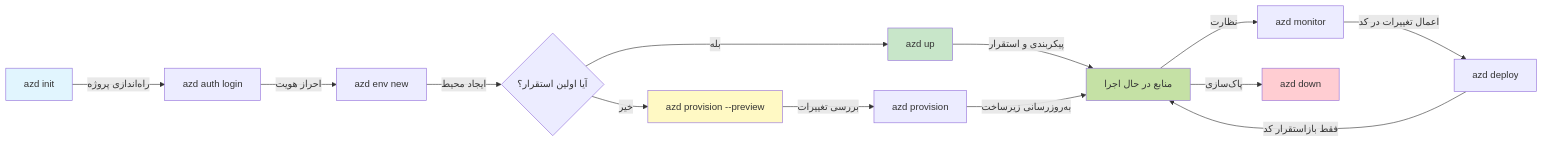
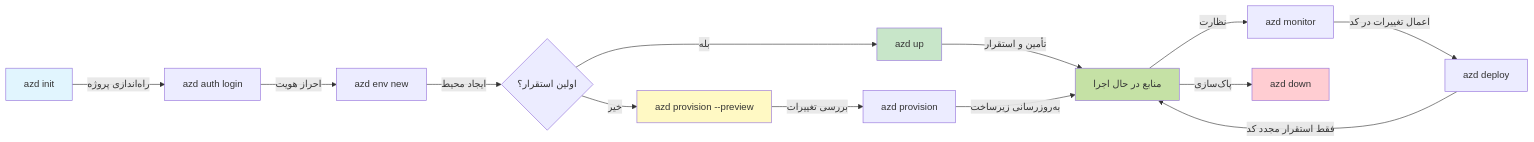
The first of 2 diagrams in translations/fa/docs/chapter-01-foundation/azd-basics.md (microsoft/AZD-for-beginners), drawn with Mermaid before and after one commit. The commit also changed other lines of this file and 101 other files, not shown here.

````diff
--- a/translations/fa/docs/chapter-01-foundation/azd-basics.md
+++ b/translations/fa/docs/chapter-01-foundation/azd-basics.md
@@ -269,21 +269,21 @@
 ```mermaid
 graph LR
     A[azd init] -->|راه‌اندازی پروژه| B[azd auth login]
     B -->|احراز هویت| C[azd env new]
-    C -->|ایجاد محیط| D{آیا اولین استقرار؟}
+    C -->|ایجاد محیط| D{اولین استقرار؟}
     D -->|بله| E[azd up]
     D -->|خیر| F[azd provision --preview]
     F -->|بررسی تغییرات| G[azd provision]
-    E -->|پیکربندی و استقرار| H[منابع در حال اجرا]
+    E -->|تأمین و استقرار| H[منابع در حال اجرا]
     G -->|به‌روزرسانی زیرساخت| H
     H -->|نظارت| I[azd monitor]
     I -->|اعمال تغییرات در کد| J[azd deploy]
-    J -->|فقط بازاستقرار کد| H
+    J -->|فقط استقرار مجدد کد| H
     H -->|پاک‌سازی| K[azd down]
     
     style A fill:#e1f5fe
     style E fill:#c8e6c9
     style F fill:#fff9c4
     style H fill:#c5e1a5
     style K fill:#ffcdd2
 ```
````
